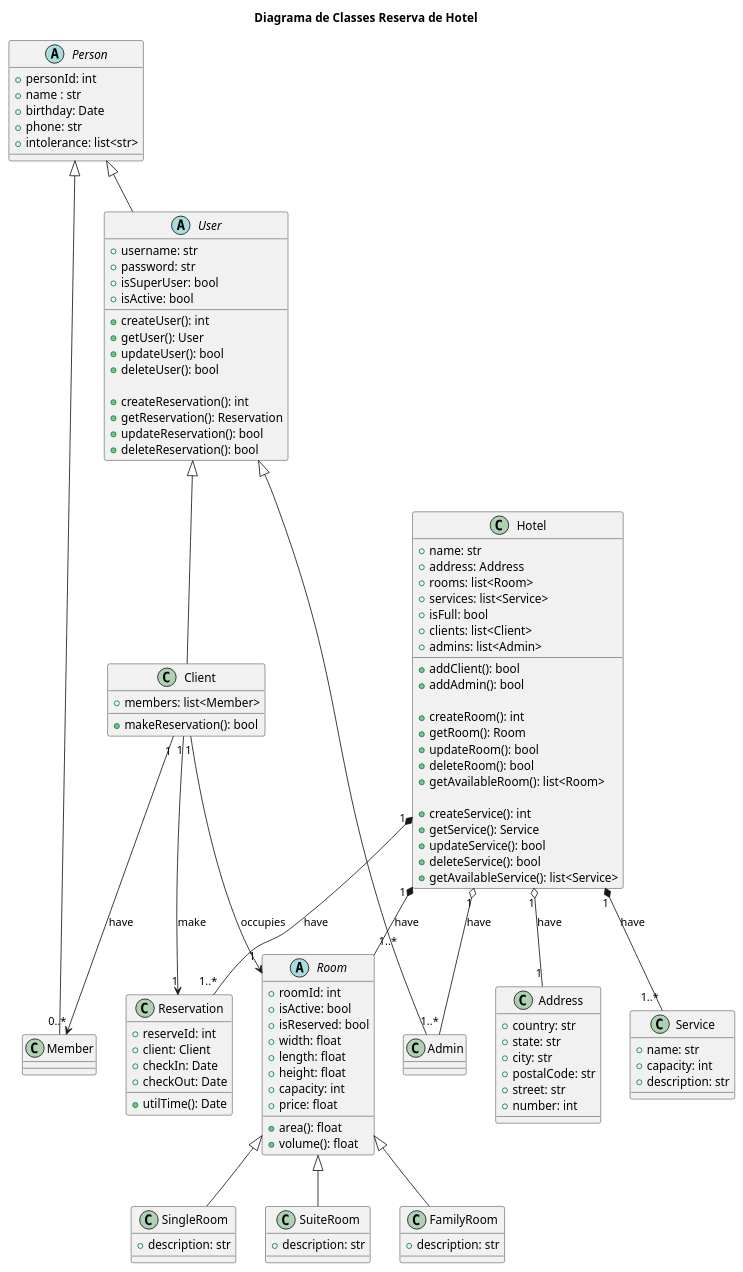
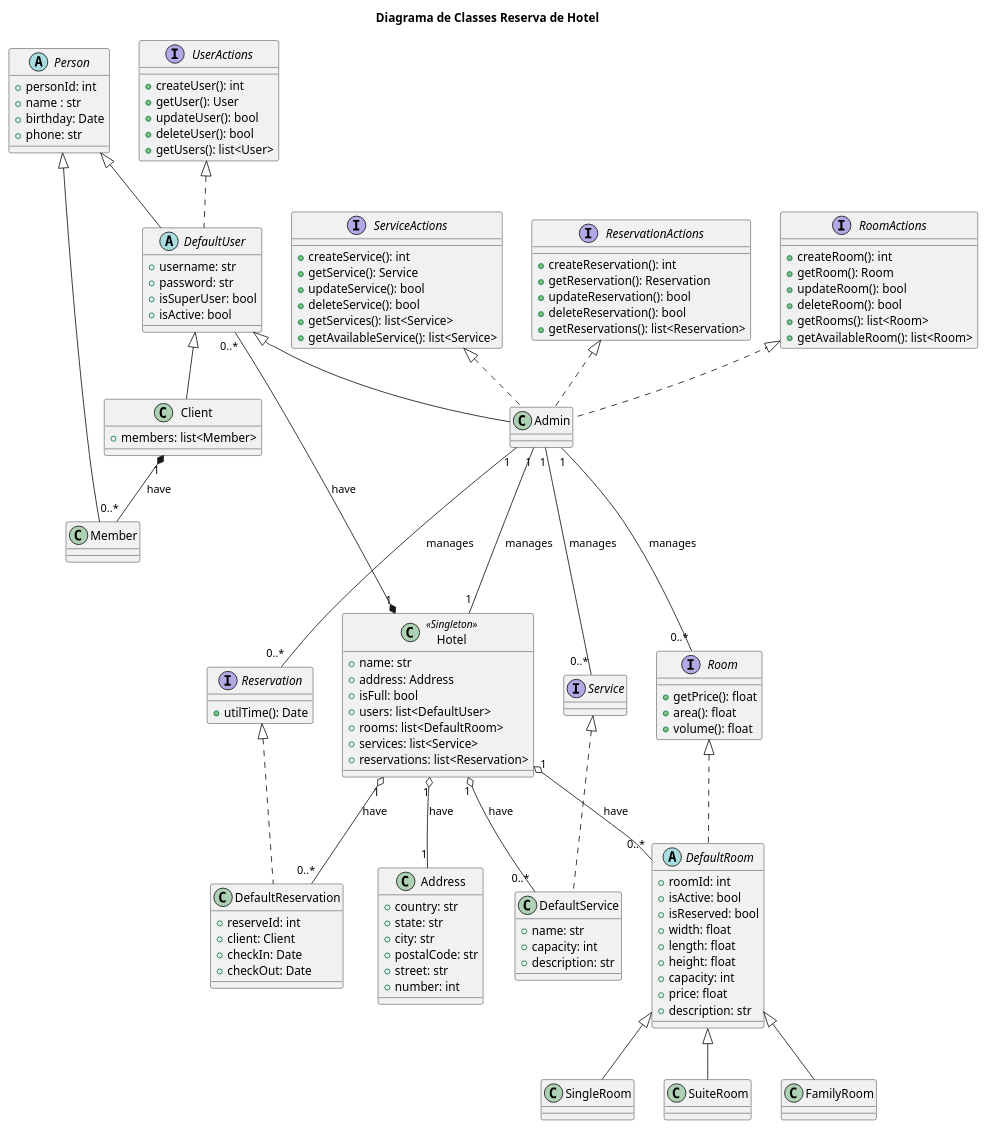
The diagram in diagrama_de_classes.iuml (azmovi/reserva-de-hotel), drawn with PlantUML before and after one commit.

Commit message:
Mais um diagrama de classes

```diff
--- a/diagrama_de_classes.iuml
+++ b/diagrama_de_classes.iuml
@@ -1,137 +1,142 @@
 @startuml
 title Diagrama de Classes Reserva de Hotel
 
 abstract class Person {
     +personId: int 
     +name : str
     +birthday: Date
     +phone: str
-    +intolerance: list<str>
 }
 
-abstract class User {
+interface UserActions {
+    +createUser(): int
+    +getUser(): User
+    +updateUser(): bool
+    +deleteUser(): bool
+    +getUsers(): list<User>
+}
+
+interface ReservationActions {
+    +createReservation(): int
+    +getReservation(): Reservation
+    +updateReservation(): bool
+    +deleteReservation(): bool
+    +getReservations(): list<Reservation>
+}
+
+class Client extends DefaultUser {
+    +members: list<Member> 
+}
+
+abstract class DefaultUser extends Person implements UserActions {
     +username: str
     +password: str
     +isSuperUser: bool 
     +isActive: bool 
-
-    +createUser(): int
-    +getUser(): User
-    +updateUser(): bool
-    +deleteUser(): bool
-
-    +createReservation(): int
-    +getReservation(): Reservation
-    +updateReservation(): bool
-    +deleteReservation(): bool
 }
 
-class Client {
-    +members: list<Member> 
-
-    +makeReservation(): bool
+class Admin extends DefaultUser implements ReservationActions, RoomActions, ServiceActions {
 
 }
 
-class Member {
+
+class Member extends Person {
 }
 
-class Admin {
+
+class Hotel <<Singleton>> {
+    +name: str
+    +address: Address
+    +isFull: bool
+    +users: list<DefaultUser>
+    +rooms: list<DefaultRoom>
+    +services: list<Service>
+    +reservations: list<Reservation>
 }
 
-class Hotel {
-    +name: str
-    +address: Address
-    +rooms: list<Room>
-    +services: list<Service>
-    +isFull: bool
-    +clients: list<Client>
-    +admins: list<Admin>
-
-    +addClient(): bool
-    +addAdmin(): bool
-
+interface RoomActions {
     +createRoom(): int
     +getRoom(): Room
     +updateRoom(): bool
     +deleteRoom(): bool
+    +getRooms(): list<Room>
     +getAvailableRoom(): list<Room>
+}
 
+interface ServiceActions {
     +createService(): int
     +getService(): Service
     +updateService(): bool
     +deleteService(): bool
+    +getServices(): list<Service>
     +getAvailableService(): list<Service>
 }
 
 class Address {
     +country: str
     +state: str
     +city: str
     +postalCode: str
     +street: str
     +number: int
 }
 
-abstract class Room{
+interface Room {
+    +getPrice(): float
+    +area(): float
+    +volume(): float
+}
+
+abstract class DefaultRoom implements Room {
     +roomId: int
     +isActive: bool
     +isReserved: bool
     +width: float
     +length: float
     +height: float
     +capacity: int
     +price: float
-
-    +area(): float
-    +volume(): float
-}
-
-class SingleRoom {
     +description: str
 }
 
-class SuiteRoom{
-    +description: str
+
+class SingleRoom extends DefaultRoom {
 }
 
-class FamilyRoom{
-    +description: str
+class SuiteRoom extends DefaultRoom {
 }
 
-class Service {
+class FamilyRoom extends DefaultRoom {
+}
+
+class DefaultService implements Service {
     +name: str
     +capacity: int 
     +description: str
 }
 
-class Reservation {
+interface Reservation {
+    +utilTime(): Date
+}
+
+class DefaultReservation implements Reservation {
     +reserveId: int
     +client: Client 
     +checkIn: Date
     +checkOut: Date
 
-    +utilTime(): Date
 }
 
-Room <|-- SuiteRoom
-Room <|-- SingleRoom
-Room <|-- FamilyRoom
+Hotel "1" o-- "1"     Address: have
+Hotel "1" *-- "0..*"  DefaultUser: have
+Hotel "1" o-- "0..*"  DefaultRoom: have
+Hotel "1" o-- "0..*"  DefaultService: have
+Hotel "1" o-- "0..*"  DefaultReservation: have
 
-Hotel "1" *-- "1..*" Room : have
-Hotel "1" *-- "1..*" Service : have
-Hotel "1" *-- "1..*" Reservation : have
-Hotel "1" o-- "1..*" Admin : have
-Hotel "1" o-- "1"    Address : have
+Admin "1" --- "0..*"  Service: manages
+Admin "1" --- "0..*"  Room: manages
+Admin "1" --- "0..*"  Reservation: manages
+Admin "1" --- "1"     Hotel: manages
 
-Person <|-- User
-Person <|-- Member
-
-User <|-- Client
-User <|-- Admin
-
-Client "1"-->"0..*" Member : have 
-Client "1"-->"1" Reservation: make
-Client "1"-->"1" Room: occupies
-
+Client "1" *-- "0..*" Member: have
 @enduml
```
